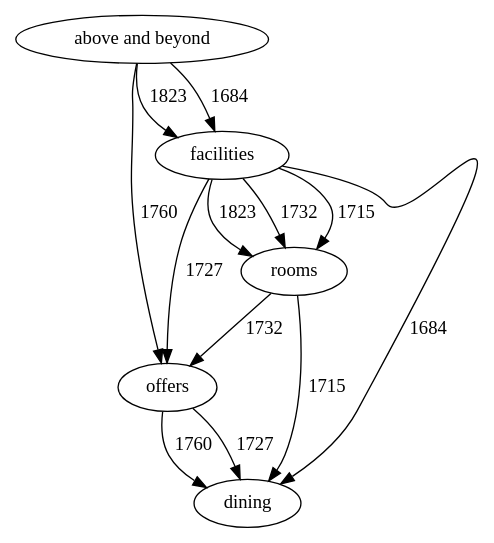
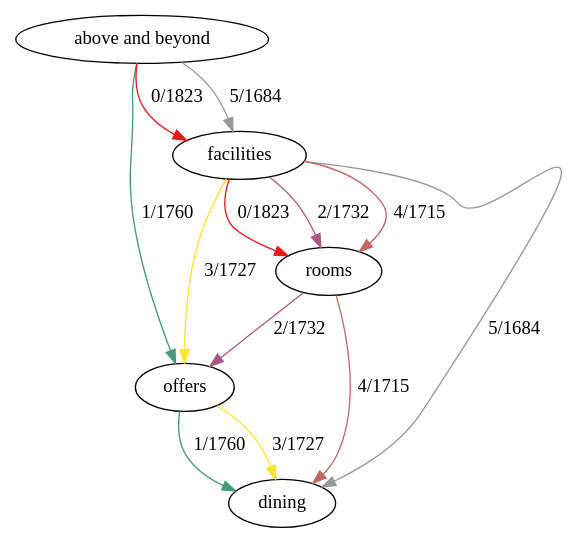
One commit to alexcu/sit742-a2-report changed the diagram in dot/external_requests.dot. Above: the diagram before and after it, drawn with Graphviz. The commit also changed 32 other files, not shown here.

Commit message:
Update dot graphs for latest coloring

```diff
--- a/dot/external_requests.dot
+++ b/dot/external_requests.dot
@@ -1,20 +1,20 @@
 digraph "" {
 layout="dot";
 dining;
 "above and beyond";
 offers;
 rooms;
 facilities;
-"above and beyond" -> facilities  [key=0, label=1823, weight=1823];
-"above and beyond" -> facilities  [key=1, label=1684, weight=1684];
-"above and beyond" -> offers  [key=0, label=1760, weight=1760];
-offers -> dining  [key=0, label=1760, weight=1760];
-offers -> dining  [key=1, label=1727, weight=1727];
-rooms -> dining  [key=0, label=1715, weight=1715];
-rooms -> offers  [key=0, label=1732, weight=1732];
-facilities -> dining  [key=0, label=1684, weight=1684];
-facilities -> offers  [key=0, label=1727, weight=1727];
-facilities -> rooms  [key=0, label=1823, weight=1823];
-facilities -> rooms  [key=1, label=1732, weight=1732];
-facilities -> rooms  [key=2, label=1715, weight=1715];
+"above and beyond" -> facilities  [color="#e41a1c", key=0, label="0/1823", weight=1823];
+"above and beyond" -> facilities  [color="#999999", key=1, label="5/1684", weight=1684];
+"above and beyond" -> offers  [color="#449b76", key=0, label="1/1760", weight=1760];
+offers -> dining  [color="#449b76", key=0, label="1/1760", weight=1760];
+offers -> dining  [color="#ffe529", key=1, label="3/1727", weight=1727];
+rooms -> dining  [color="#c66764", key=0, label="4/1715", weight=1715];
+rooms -> offers  [color="#ad5882", key=0, label="2/1732", weight=1732];
+facilities -> dining  [color="#999999", key=0, label="5/1684", weight=1684];
+facilities -> offers  [color="#ffe529", key=0, label="3/1727", weight=1727];
+facilities -> rooms  [color="#e41a1c", key=0, label="0/1823", weight=1823];
+facilities -> rooms  [color="#ad5882", key=1, label="2/1732", weight=1732];
+facilities -> rooms  [color="#c66764", key=2, label="4/1715", weight=1715];
 }
```
